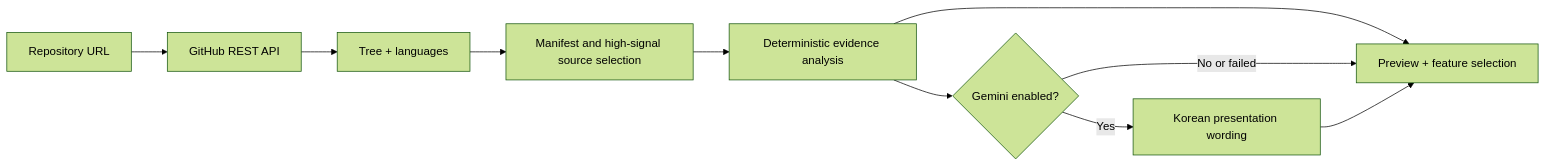
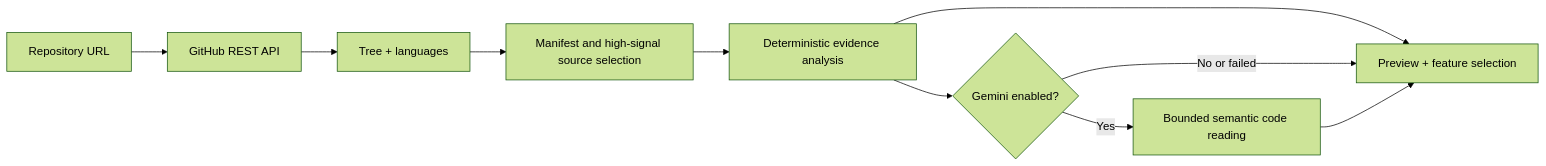
The diagram in jobpilot-ai/docs/github-project-analysis.md (hanyeong0605-prog/Final_Project), drawn with Mermaid (forest theme) before and after one commit. The commit also changed other lines of this file and 12 other files, not shown here.

```diff
--- a/jobpilot-ai/docs/github-project-analysis.md
+++ b/jobpilot-ai/docs/github-project-analysis.md
@@ -17,12 +17,12 @@
 ~~~mermaid
 flowchart LR
   A["Repository URL"] --> B["GitHub REST API"]
   B --> C["Tree + languages"]
   C --> D["Manifest and high-signal source selection"]
   D --> E["Deterministic evidence analysis"]
   E --> F["Preview + feature selection"]
   E --> G{"Gemini enabled?"}
-  G -->|Yes| H["Korean presentation wording"]
+  G -->|Yes| H["Bounded semantic code reading"]
   G -->|No or failed| F
   H --> F
 ~~~
```
